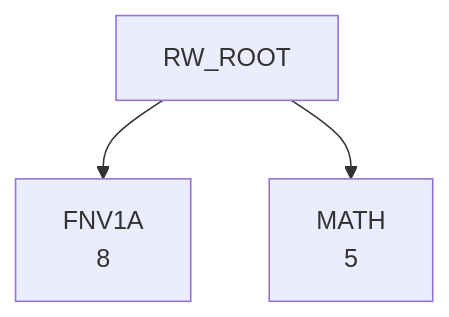
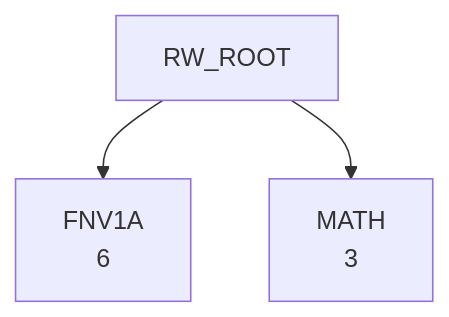
The seventh of 8 diagrams in DOC/GENERATED/ROUTINE_WORD_TREE.md (95westus/R-YORS), drawn with Mermaid before and after one commit. The commit also changed other lines of this file and 85 other files, not shown here.

````diff
--- a/DOC/GENERATED/ROUTINE_WORD_TREE.md
+++ b/DOC/GENERATED/ROUTINE_WORD_TREE.md
@@ -96,5 +96,5 @@
 ```mermaid
 flowchart TD
-    RW_ROOT --> RW_FNV1A["FNV1A<br/>8"]
-    RW_ROOT --> RW_MATH["MATH<br/>5"]
+    RW_ROOT --> RW_FNV1A["FNV1A<br/>6"]
+    RW_ROOT --> RW_MATH["MATH<br/>3"]
 ```
````
